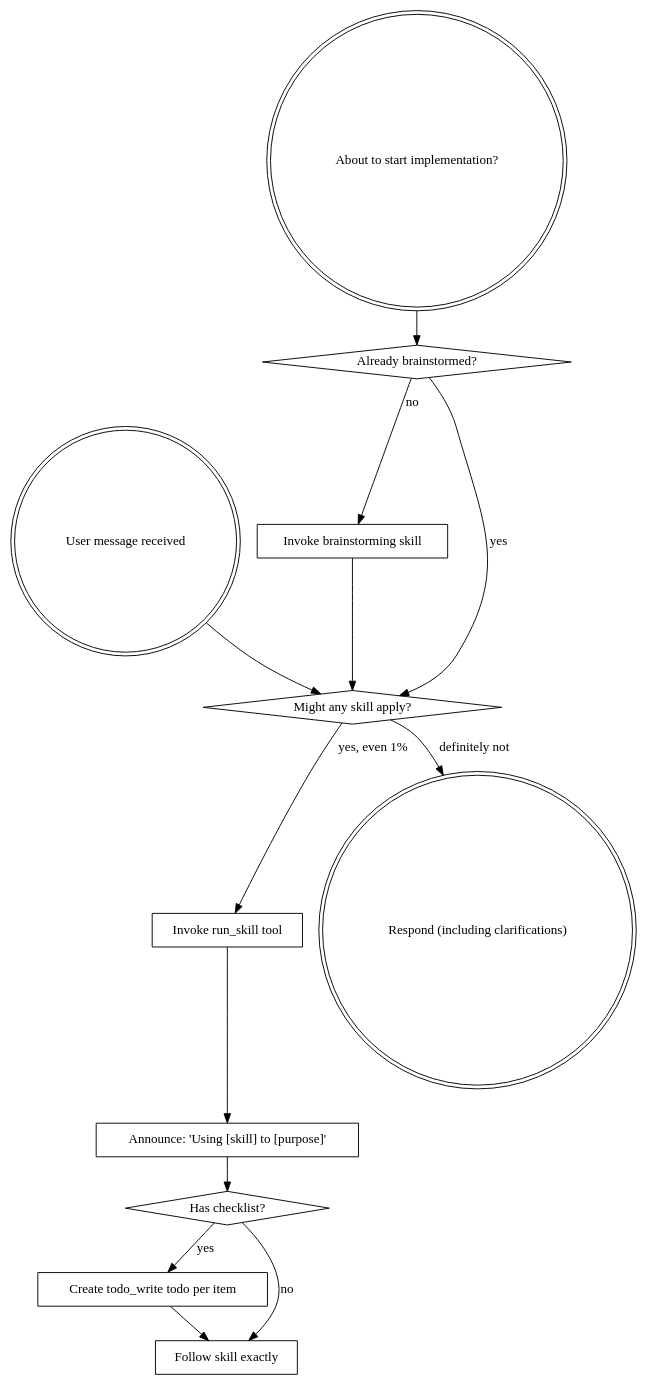
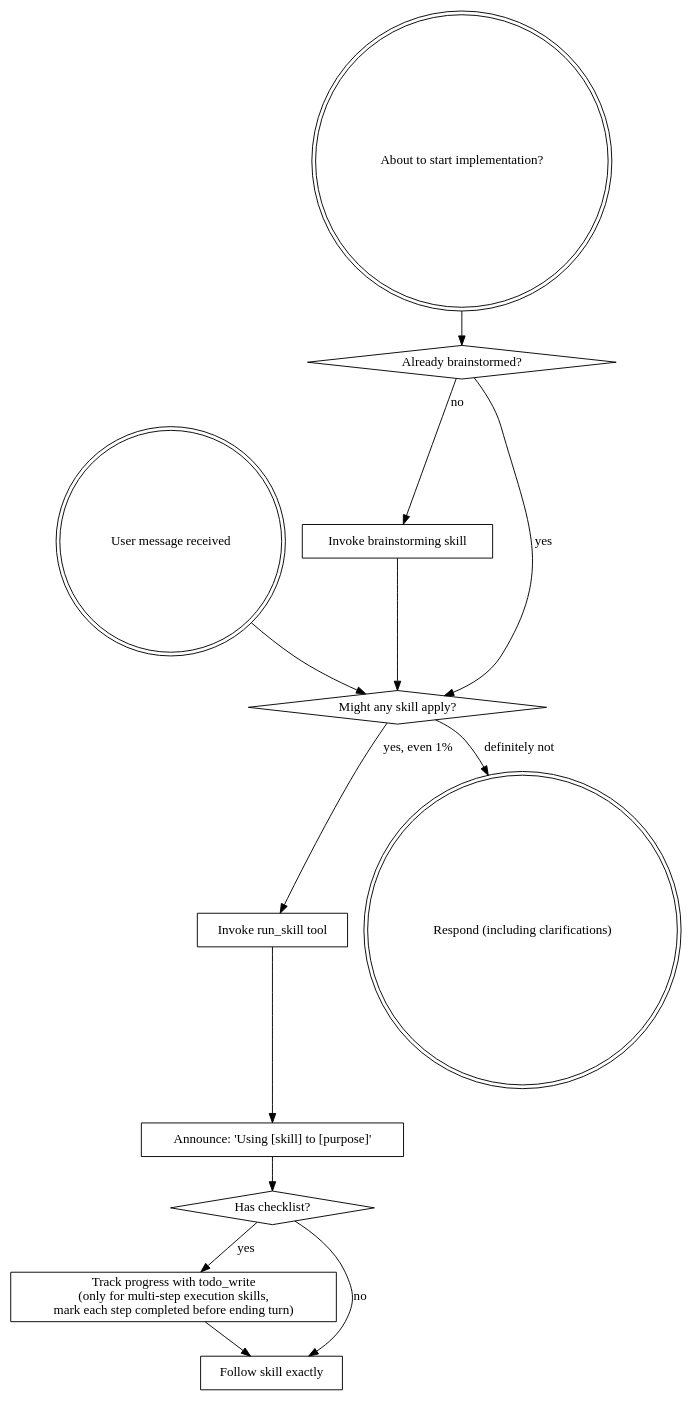
The diagram in using-superpowers/SKILL.md (SunNull/reasonix-superpowers), drawn with Graphviz before and after one commit. The commit also changed 3 other files, not shown here.

First line of the commit message:
fix: prevent todo_write readiness gate deadlock across all skills

````diff
--- a/using-superpowers/SKILL.md
+++ b/using-superpowers/SKILL.md
@@ -40,29 +40,29 @@
 ```dot
 digraph skill_flow {
     "User message received" [shape=doublecircle];
     "About to start implementation?" [shape=doublecircle];
     "Already brainstormed?" [shape=diamond];
     "Invoke brainstorming skill" [shape=box];
     "Might any skill apply?" [shape=diamond];
     "Invoke run_skill tool" [shape=box];
     "Announce: 'Using [skill] to [purpose]'" [shape=box];
     "Has checklist?" [shape=diamond];
-    "Create todo_write todo per item" [shape=box];
+    "Track progress with todo_write\n(only for multi-step execution skills,\nmark each step completed before ending turn)" [shape=box];
     "Follow skill exactly" [shape=box];
     "Respond (including clarifications)" [shape=doublecircle];
 
     "About to start implementation?" -> "Already brainstormed?";
     "Already brainstormed?" -> "Invoke brainstorming skill" [label="no"];
     "Already brainstormed?" -> "Might any skill apply?" [label="yes"];
     "Invoke brainstorming skill" -> "Might any skill apply?";
 
     "User message received" -> "Might any skill apply?";
     "Might any skill apply?" -> "Invoke run_skill tool" [label="yes, even 1%"];
     "Might any skill apply?" -> "Respond (including clarifications)" [label="definitely not"];
     "Invoke run_skill tool" -> "Announce: 'Using [skill] to [purpose]'";
     "Announce: 'Using [skill] to [purpose]'" -> "Has checklist?";
-    "Has checklist?" -> "Create todo_write todo per item" [label="yes"];
+    "Has checklist?" -> "Track progress with todo_write\n(only for multi-step execution skills,\nmark each step completed before ending turn)" [label="yes"];
     "Has checklist?" -> "Follow skill exactly" [label="no"];
-    "Create todo_write todo per item" -> "Follow skill exactly";
+    "Track progress with todo_write\n(only for multi-step execution skills,\nmark each step completed before ending turn)" -> "Follow skill exactly";
 }
 ```
````
